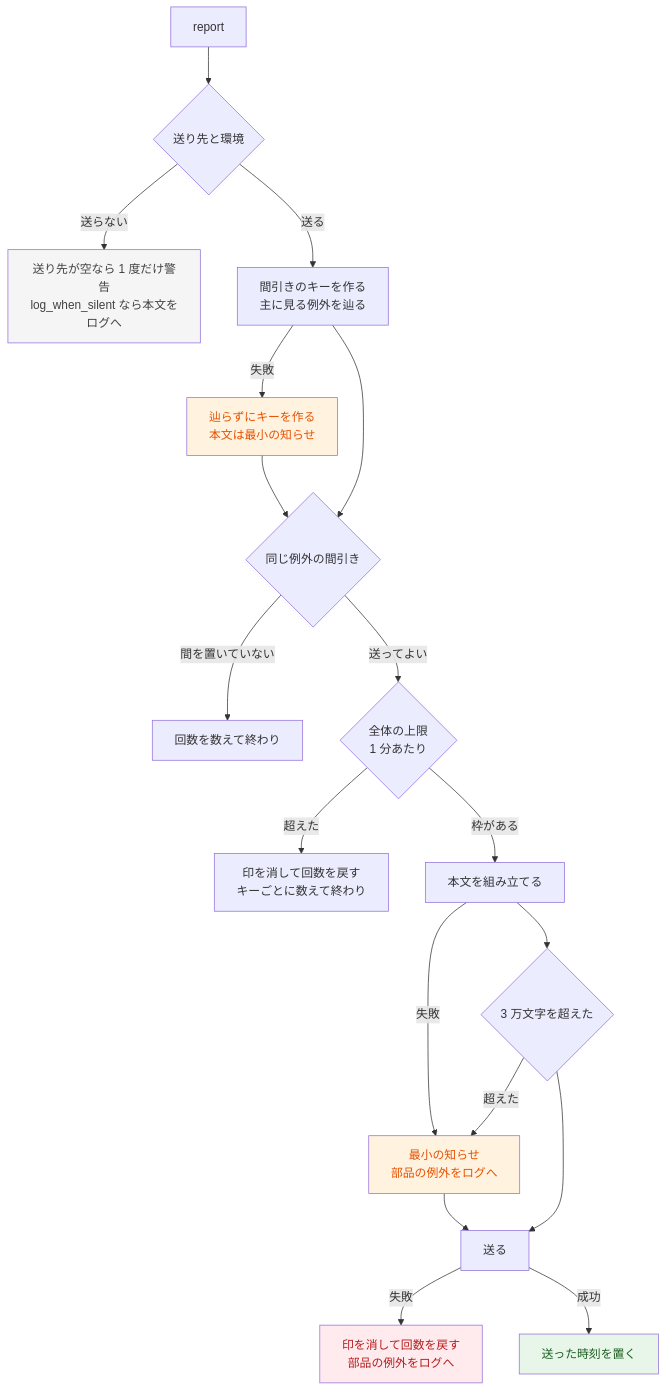
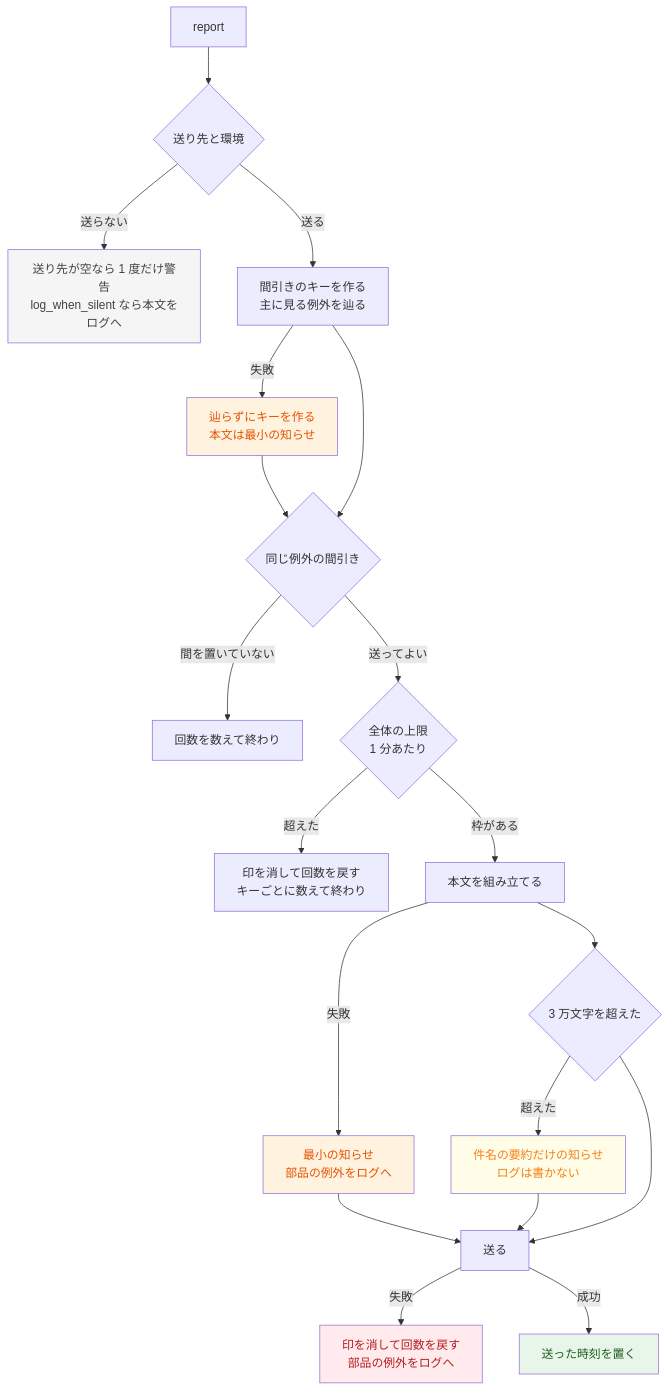
The diagram in docs/design.md (ad5-inc/rich-php-chatwork), drawn with Mermaid before and after one commit. The commit also changed other lines of this file and 4 other files, not shown here.

````diff
--- a/docs/design.md
+++ b/docs/design.md
@@ -18,26 +18,28 @@
 ```mermaid
 flowchart TD
     A[report] --> B{送り先と環境}
     B -->|送らない| B1[送り先が空なら 1 度だけ警告<br/>log_when_silent なら本文をログへ]
     B -->|送る| C[間引きのキーを作る<br/>主に見る例外を辿る]
     C -->|失敗| C1[辿らずにキーを作る<br/>本文は最小の知らせ]
     C --> D{同じ例外の間引き}
     C1 --> D
     D -->|間を置いていない| D1[回数を数えて終わり]
     D -->|送ってよい| E{全体の上限<br/>1 分あたり}
     E -->|超えた| E1[印を消して回数を戻す<br/>キーごとに数えて終わり]
     E -->|枠がある| F[本文を組み立てる]
     F -->|失敗| F1[最小の知らせ<br/>部品の例外をログへ]
     F --> F2{3 万文字を超えた}
-    F2 -->|超えた| F1
+    F2 -->|超えた| F3[件名の要約だけの知らせ<br/>ログは書かない]
     F2 --> G[送る]
     F1 --> G
+    F3 --> G
     G -->|失敗| G1[印を消して回数を戻す<br/>部品の例外をログへ]
     G -->|成功| H[送った時刻を置く]
 
     style B1 fill:#f5f5f5,color:#424242
     style C1 fill:#fff3e0,color:#e65100
     style F1 fill:#fff3e0,color:#e65100
+    style F3 fill:#fffde7,color:#f57f17
     style G1 fill:#ffebee,color:#b71c1c
     style H fill:#e8f5e9,color:#1b5e20
 ```
````
